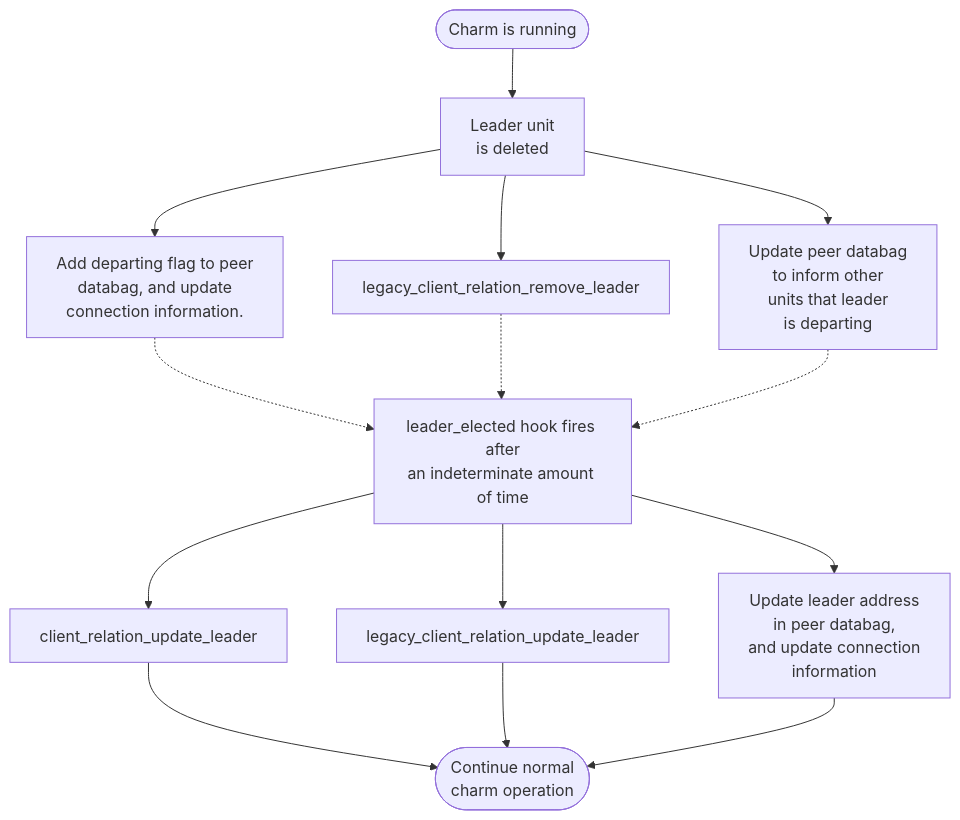
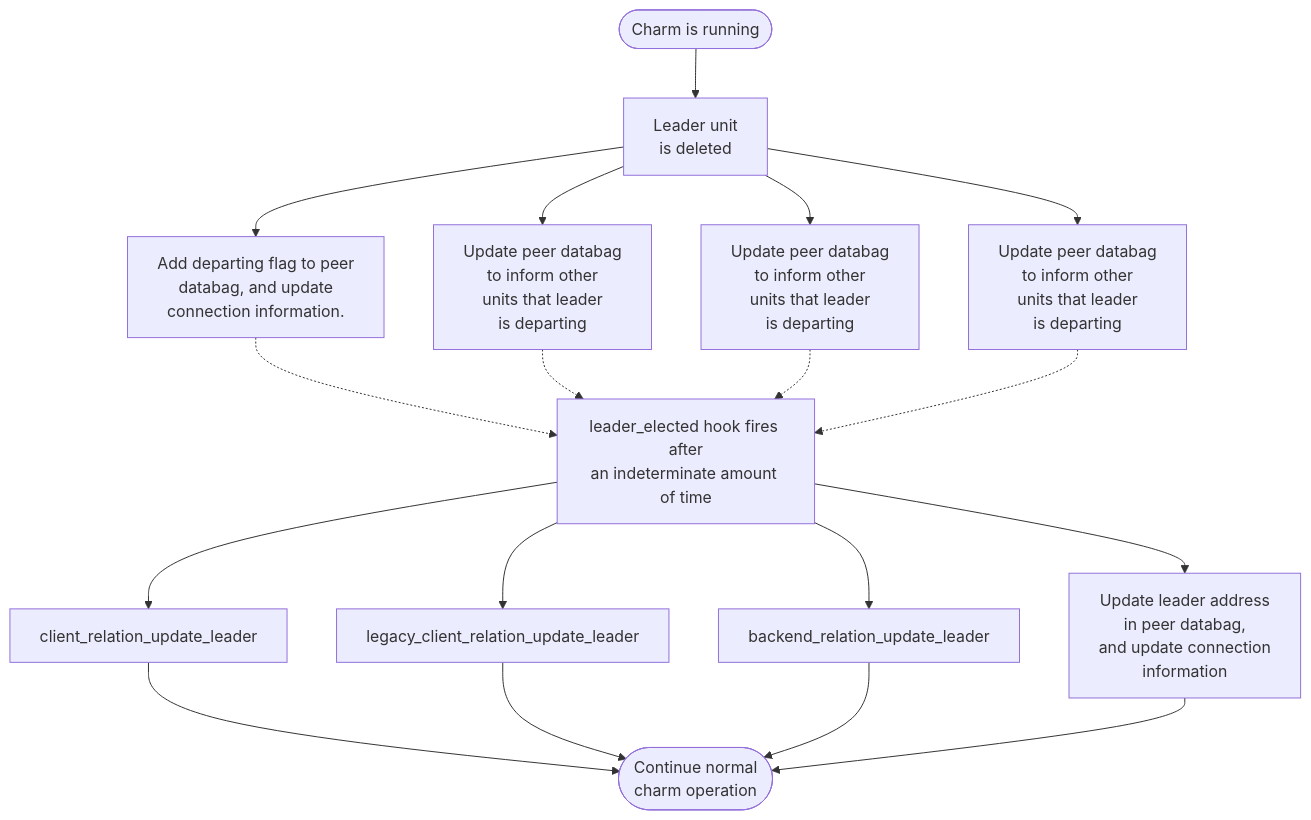
The third of 3 diagrams in documentation/charm.md (canonical/pgbouncer-k8s-operator), drawn with Mermaid before and after one commit. The commit also changed 1 other file, not shown here.

Commit message:
updating legacy relation depart flag

````diff
--- a/documentation/charm.md
+++ b/documentation/charm.md
@@ -46,16 +46,20 @@
 ```mermaid
 flowchart TD
   exists([Charm is running])--> leader_deleted[Leader unit \n is deleted]
   leader_deleted --> client_relation_remove_leader[Add departing flag to peer \n databag, and update \n connection information.]
-  leader_deleted --> legacy_client_relation_remove_leader
+  leader_deleted --> legacy_client_relation_remove_leader[Update peer databag\nto inform other\nunits that leader\nis departing]
+  leader_deleted --> backend_relation_remove_leader[Update peer databag\nto inform other\nunits that leader\nis departing]
   leader_deleted --> peer_relation_remove_leader[Update peer databag\nto inform other\nunits that leader\nis departing]
   client_relation_remove_leader -.-> leader_elected
   legacy_client_relation_remove_leader -.-> leader_elected
+  backend_relation_remove_leader -.-> leader_elected
   peer_relation_remove_leader -.-> leader_elected[leader_elected hook fires after\nan indeterminate amount of time]
   leader_elected --> client_relation_update_leader
   leader_elected --> legacy_client_relation_update_leader
+  leader_elected --> backend_relation_update_leader
   leader_elected --> peer_relation_update_leader[Update leader address\n in peer databag,\nand update connection\ninformation]
   client_relation_update_leader --> continue
   legacy_client_relation_update_leader --> continue
+  backend_relation_update_leader --> continue
   peer_relation_update_leader --> continue([Continue normal \n charm operation])
 ```
````
